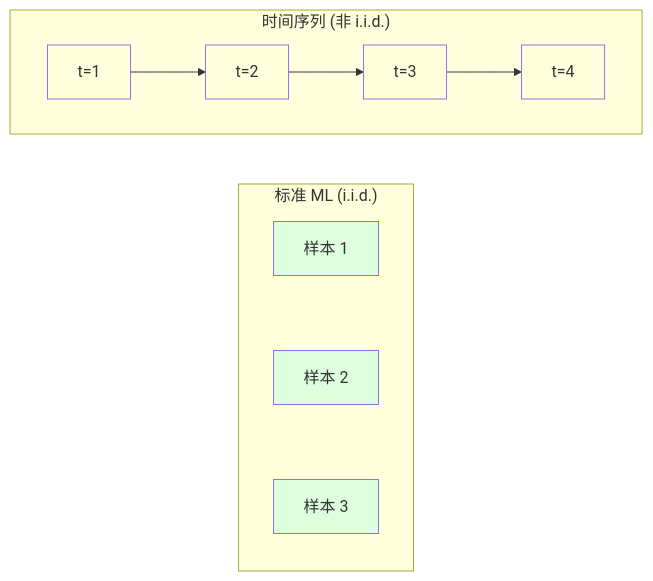
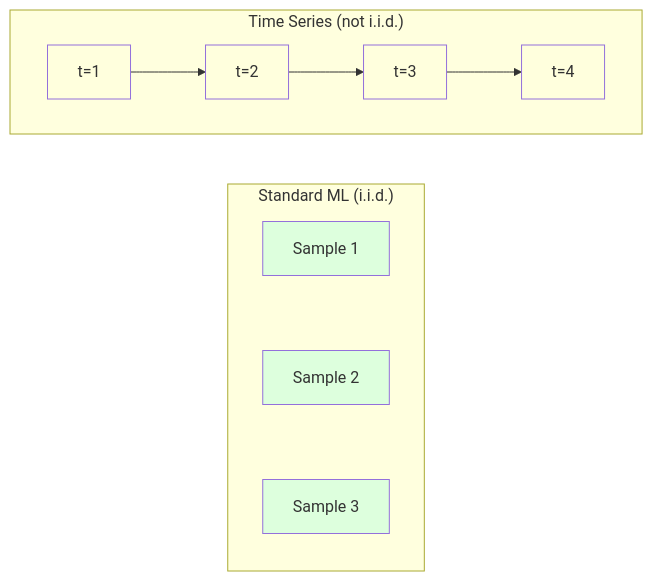
Before and after one commit to xiaojiaenen/ai-engineering-from-scratch-zh: the first of 3 diagrams in i18n/zh/phases/02-ml-fundamentals/15-time-series/docs/zh.md, drawn with Mermaid. The commit also changed other lines of this file and 18 other files, not shown here.

````diff
--- a/i18n/zh/phases/02-ml-fundamentals/15-time-series/docs/zh.md
+++ b/i18n/zh/phases/02-ml-fundamentals/15-time-series/docs/zh.md
@@ -40,22 +40,22 @@
 ```mermaid
 flowchart LR
-    subgraph IID["标准 ML (i.i.d.)"]
+    subgraph IID["Standard ML (i.i.d.)"]
         direction TB
-        S1[样本 1] ~~~ S2[样本 2]
-        S2 ~~~ S3[样本 3]
+        S1[Sample 1] ~~~ S2[Sample 2]
+        S2 ~~~ S3[Sample 3]
     end
-    subgraph TS["时间序列 (非 i.i.d.)"]
+    subgraph TS["Time Series (not i.i.d.)"]
         direction LR
         T1[t=1] --> T2[t=2]
         T2 --> T3[t=3]
         T3 --> T4[t=4]
     end
 
     style S1 fill:#dfd
     style S2 fill:#dfd
     style S3 fill:#dfd
     style T1 fill:#ffd
     style T2 fill:#ffd
     style T3 fill:#ffd
     style T4 fill:#ffd
 ```
````
